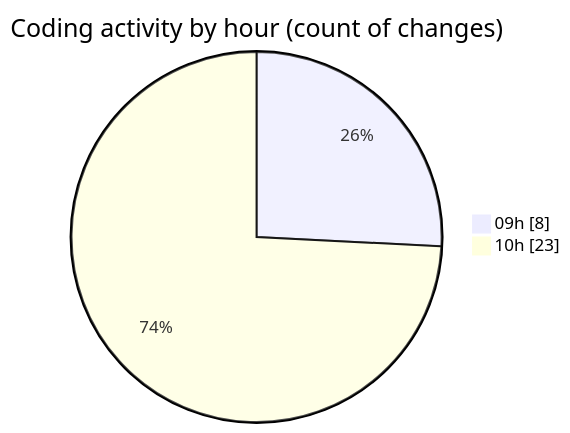
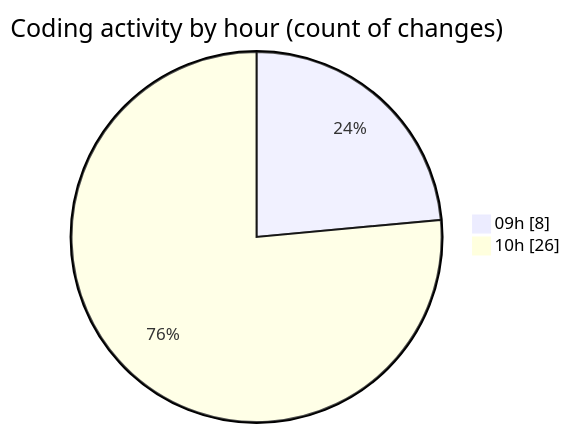
The second of 2 diagrams in 2025-06-12/cda/README.md (momahboobian/code-tracking), drawn with Mermaid before and after one commit. The commit also changed other lines of this file and 1 other file, not shown here.

````diff
--- a/2025-06-12/cda/README.md
+++ b/2025-06-12/cda/README.md
@@ -28,6 +28,6 @@
 ```mermaid
 pie showData
 title Coding activity by hour (count of changes)
 "09h" : 8
-"10h" : 23
+"10h" : 26
 ```
````
